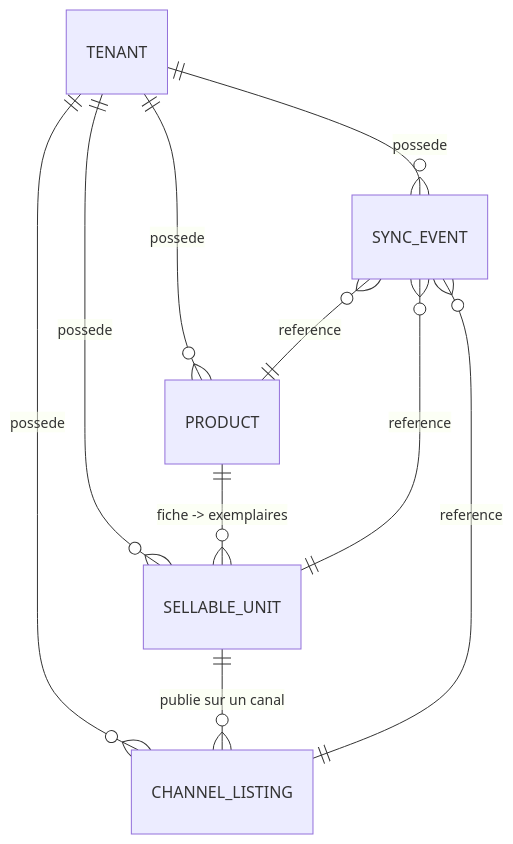
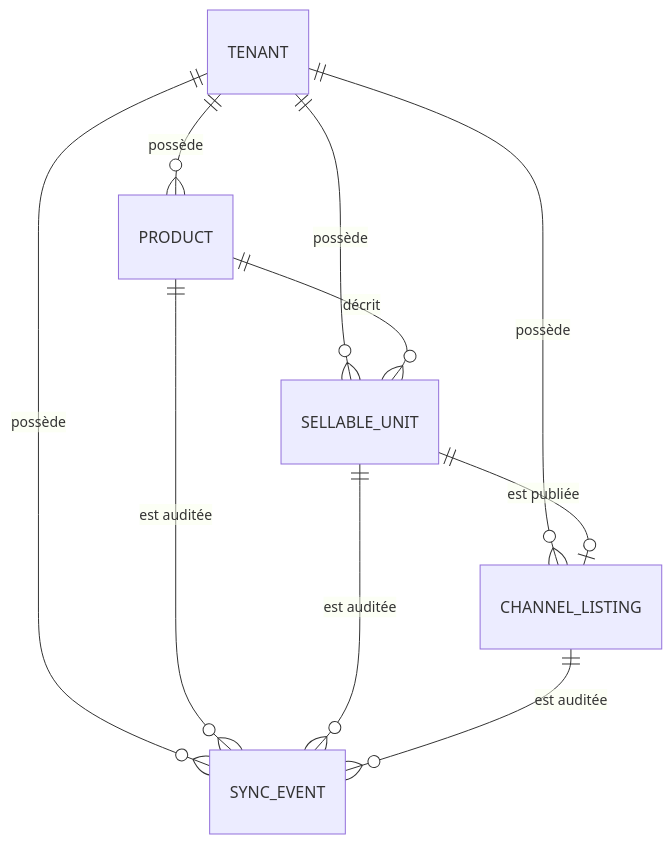
Before and after one commit to Reactoring/Needle: the first of 2 diagrams in README.md, drawn with Mermaid. The commit also changed other lines of this file and 3 other files, not shown here.

````diff
--- a/README.md
+++ b/README.md
@@ -15,12 +42,12 @@
 ```mermaid
 erDiagram
-    TENANT ||--o{ PRODUCT : "possede"
-    TENANT ||--o{ SELLABLE_UNIT : "possede"
-    TENANT ||--o{ CHANNEL_LISTING : "possede"
-    TENANT ||--o{ SYNC_EVENT : "possede"
-    PRODUCT ||--o{ SELLABLE_UNIT : "fiche -> exemplaires"
-    SELLABLE_UNIT ||--o{ CHANNEL_LISTING : "publie sur un canal"
-    SYNC_EVENT }o--|| PRODUCT : "reference"
-    SYNC_EVENT }o--|| SELLABLE_UNIT : "reference"
-    SYNC_EVENT }o--|| CHANNEL_LISTING : "reference"
+    TENANT ||--o{ PRODUCT : "possède"
+    TENANT ||--o{ SELLABLE_UNIT : "possède"
+    TENANT ||--o{ CHANNEL_LISTING : "possède"
+    TENANT ||--o{ SYNC_EVENT : "possède"
+    PRODUCT ||--o{ SELLABLE_UNIT : "décrit"
+    SELLABLE_UNIT ||--o| CHANNEL_LISTING : "est publiée"
+    PRODUCT ||--o{ SYNC_EVENT : "est auditée"
+    SELLABLE_UNIT ||--o{ SYNC_EVENT : "est auditée"
+    CHANNEL_LISTING ||--o{ SYNC_EVENT : "est auditée"
 ```
````
